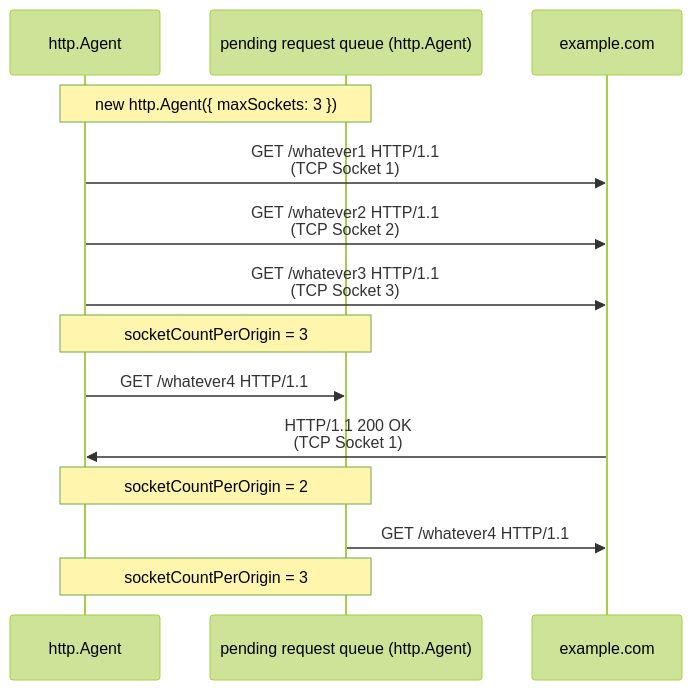
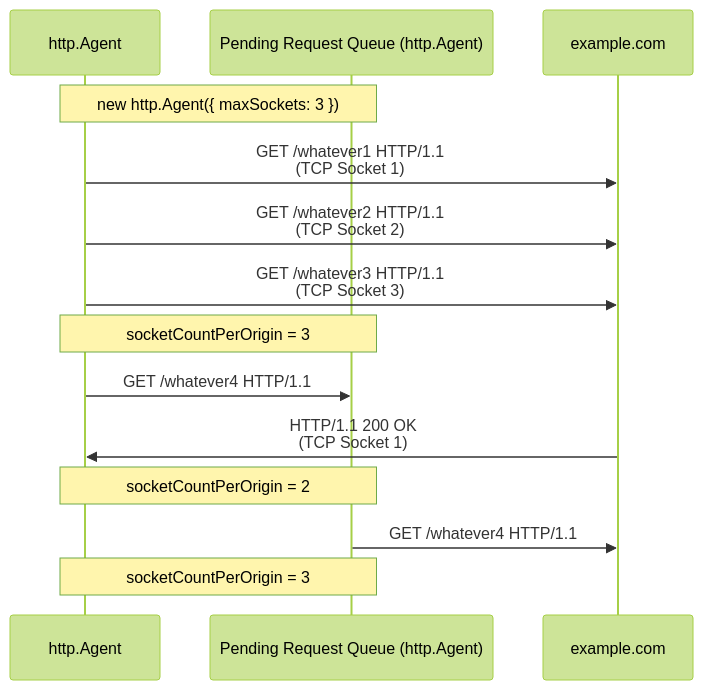
One commit to samuel871211/yusheng-tech-blog changed the first of 2 diagrams in docs/nodejs/http-overview.md. Above: the diagram before and after it, drawn with Mermaid (forest theme). The commit also changed other lines of this file and 1 other file, not shown here.

Commit message:
http 0206 ing

````diff
--- a/docs/nodejs/http-overview.md
+++ b/docs/nodejs/http-overview.md
@@ -64,23 +146,23 @@
 ```mermaid
 sequenceDiagram
   participant A as http.Agent
-  participant P as pending request queue (http.Agent)
+  participant P as Pending Request Queue (http.Agent)
   participant S as example.com
   Note Over A, P: new http.Agent({ maxSockets: 3 })
 
   A ->> S: GET /whatever1 HTTP/1.1<br/>(TCP Socket 1)
   A ->> S: GET /whatever2 HTTP/1.1<br/>(TCP Socket 2)
   A ->> S: GET /whatever3 HTTP/1.1<br/>(TCP Socket 3)
 
   Note Over A, P: socketCountPerOrigin = 3
 
   A ->> P: GET /whatever4 HTTP/1.1
 
   S ->> A: HTTP/1.1 200 OK<br/>(TCP Socket 1)
 
   Note Over A, P: socketCountPerOrigin = 2
 
   P ->> S: GET /whatever4 HTTP/1.1
 
   Note Over A, P: socketCountPerOrigin = 3
 ```
````
